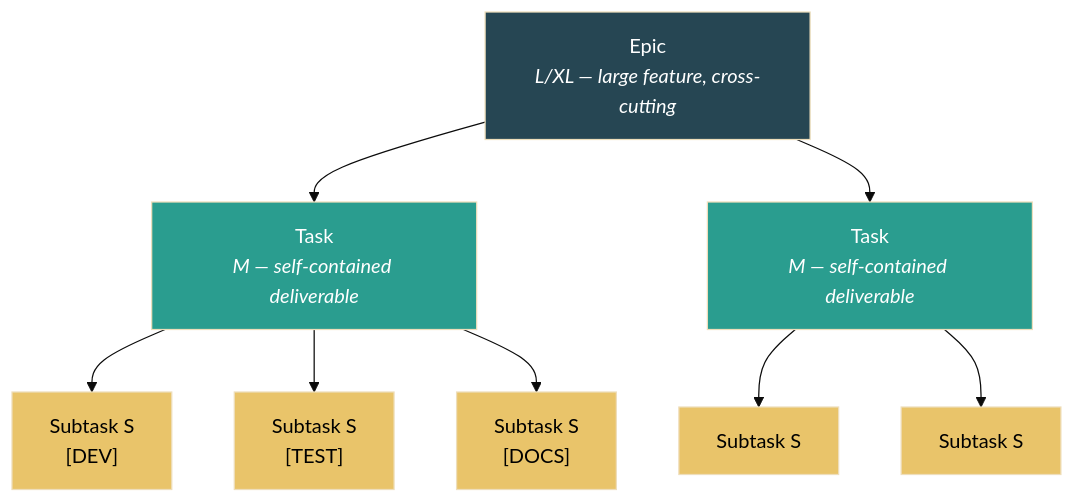
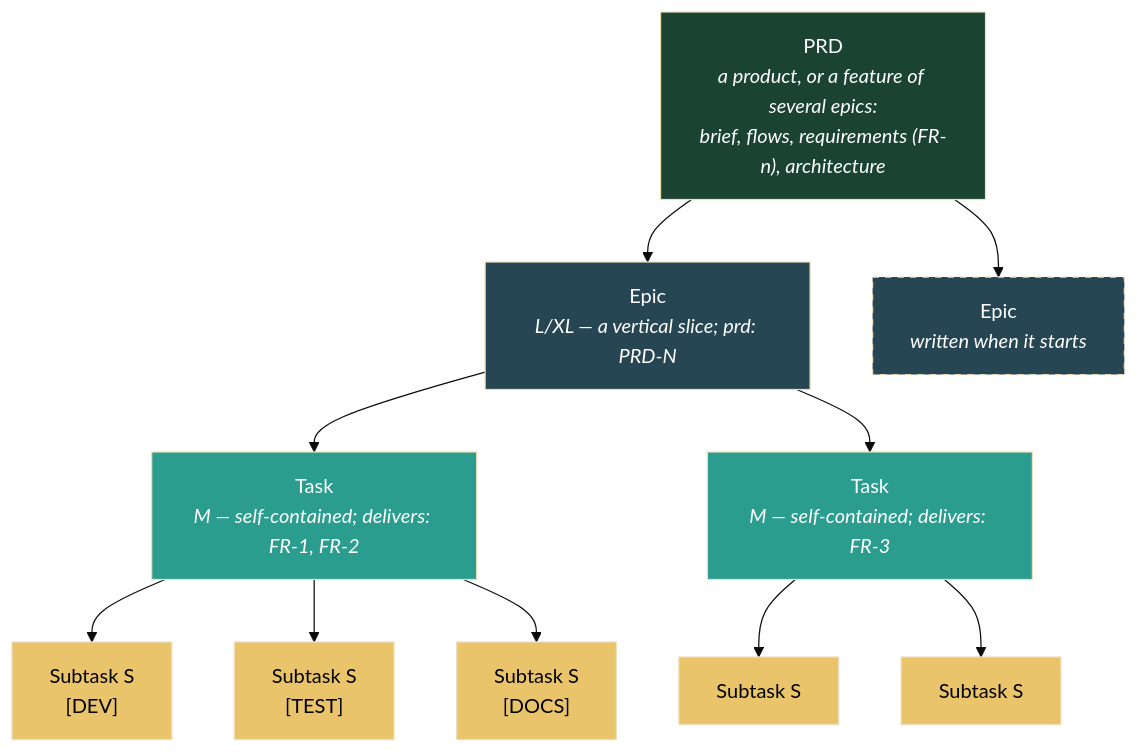
The diagram in assets/src/task-hierarchy.mmd (moniav/sk), drawn with Mermaid (base theme) before and after one commit. The commit also changed 4 other files, not shown here.

```diff
--- a/assets/src/task-hierarchy.mmd
+++ b/assets/src/task-hierarchy.mmd
@@ -1,20 +1,24 @@
 graph TD
-    Epic["Epic<br/><i>L/XL — large feature, cross-cutting</i>"]
-    Epic --> T1["Task<br/><i>M — self-contained deliverable</i>"]
-    Epic --> T2["Task<br/><i>M — self-contained deliverable</i>"]
+    PRD["PRD<br/><i>a product, or a feature of several epics:<br/>brief, flows, requirements (FR-n), architecture</i>"]
+    PRD --> Epic["Epic<br/><i>L/XL — a vertical slice; prd: PRD-N</i>"]
+    PRD --> Epic2["Epic<br/><i>written when it starts</i>"]
+    Epic --> T1["Task<br/><i>M — self-contained; delivers: FR-1, FR-2</i>"]
+    Epic --> T2["Task<br/><i>M — self-contained; delivers: FR-3</i>"]
 
     T1 --> S1["Subtask S<br/>[DEV]"]
     T1 --> S2["Subtask S<br/>[TEST]"]
     T1 --> S3["Subtask S<br/>[DOCS]"]
 
     T2 --> S4["Subtask S"]
     T2 --> S5["Subtask S"]
 
+    style PRD fill:#1b4332,color:#fff
     style Epic fill:#264653,color:#fff
+    style Epic2 fill:#264653,color:#fff,stroke-dasharray: 5 5
     style T1 fill:#2a9d8f,color:#fff
     style T2 fill:#2a9d8f,color:#fff
     style S1 fill:#e9c46a,color:#000
     style S2 fill:#e9c46a,color:#000
     style S3 fill:#e9c46a,color:#000
     style S4 fill:#e9c46a,color:#000
     style S5 fill:#e9c46a,color:#000
```
